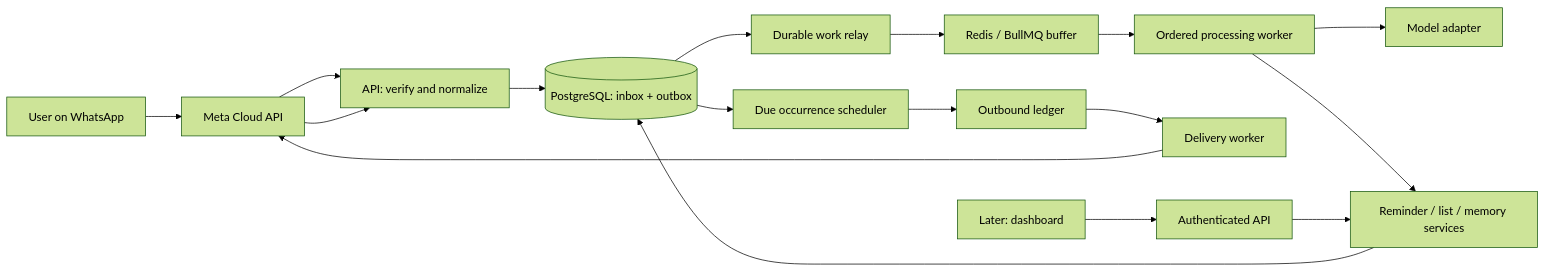
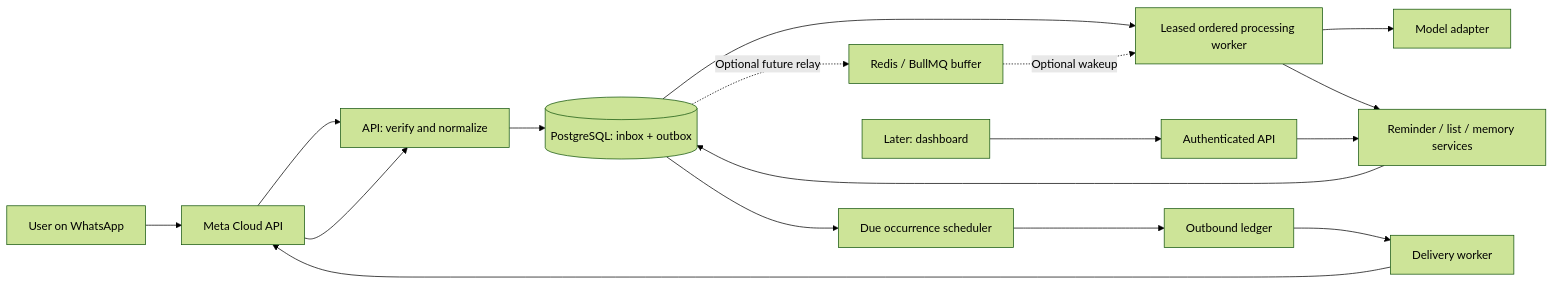
Before and after one commit to AymenNF/RappelAI: the first of 2 diagrams in docs/architecture.md, drawn with Mermaid (forest theme). The commit also changed other lines of this file and 24 other files, not shown here.

Commit message:
Implement ordered work leases and recovery

````diff
--- a/docs/architecture.md
+++ b/docs/architecture.md
@@ -9,19 +9,19 @@
 ```mermaid
 flowchart LR
   U[User on WhatsApp] --> M[Meta Cloud API]
   M --> A[API: verify and normalize]
   A --> DB[(PostgreSQL: inbox + outbox)]
-  DB --> R[Durable work relay]
-  R --> Q[Redis / BullMQ buffer]
-  Q --> W[Ordered processing worker]
+  DB --> W[Leased ordered processing worker]
+  DB -. Optional future relay .-> Q[Redis / BullMQ buffer]
+  Q -. Optional wakeup .-> W
   W --> AI[Model adapter]
   W --> S[Reminder / list / memory services]
   S --> DB
   DB --> T[Due occurrence scheduler]
   T --> O[Outbound ledger]
   O --> D[Delivery worker]
   D --> M
   M --> A
   UI[Later: dashboard] --> AUTH[Authenticated API]
   AUTH --> S
 ```
````
